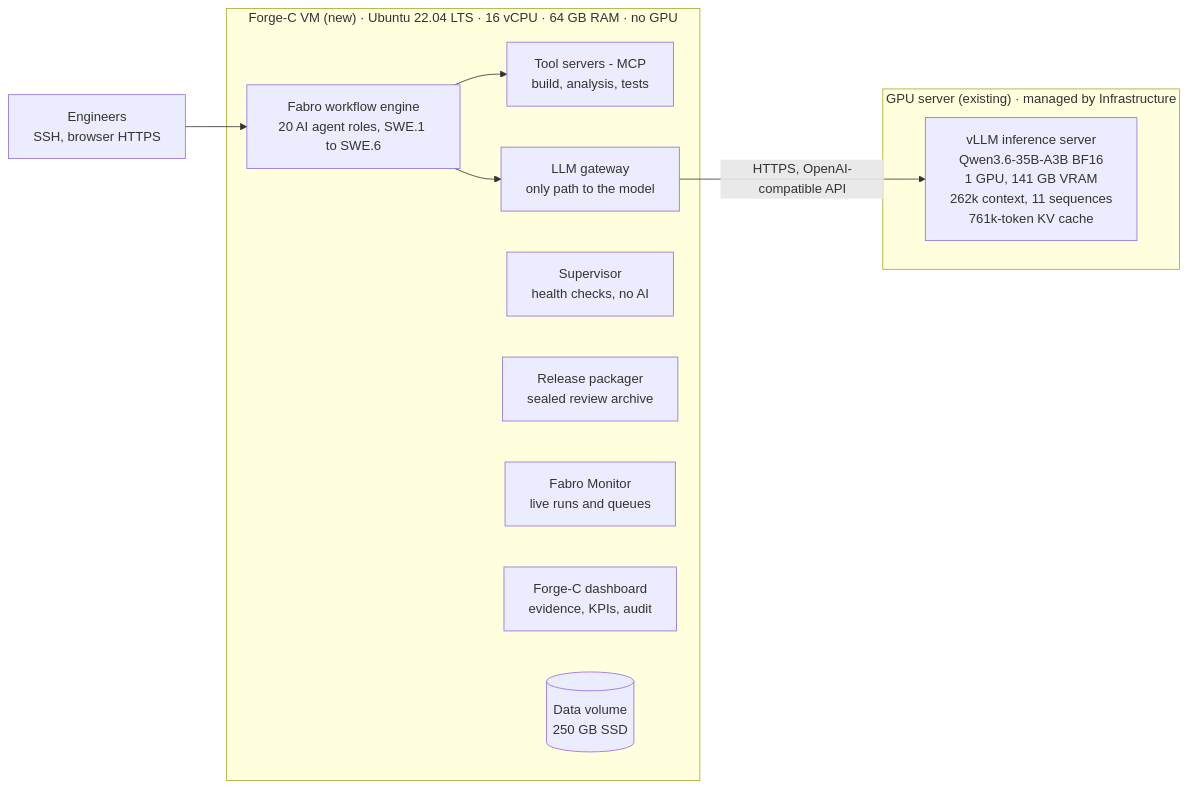
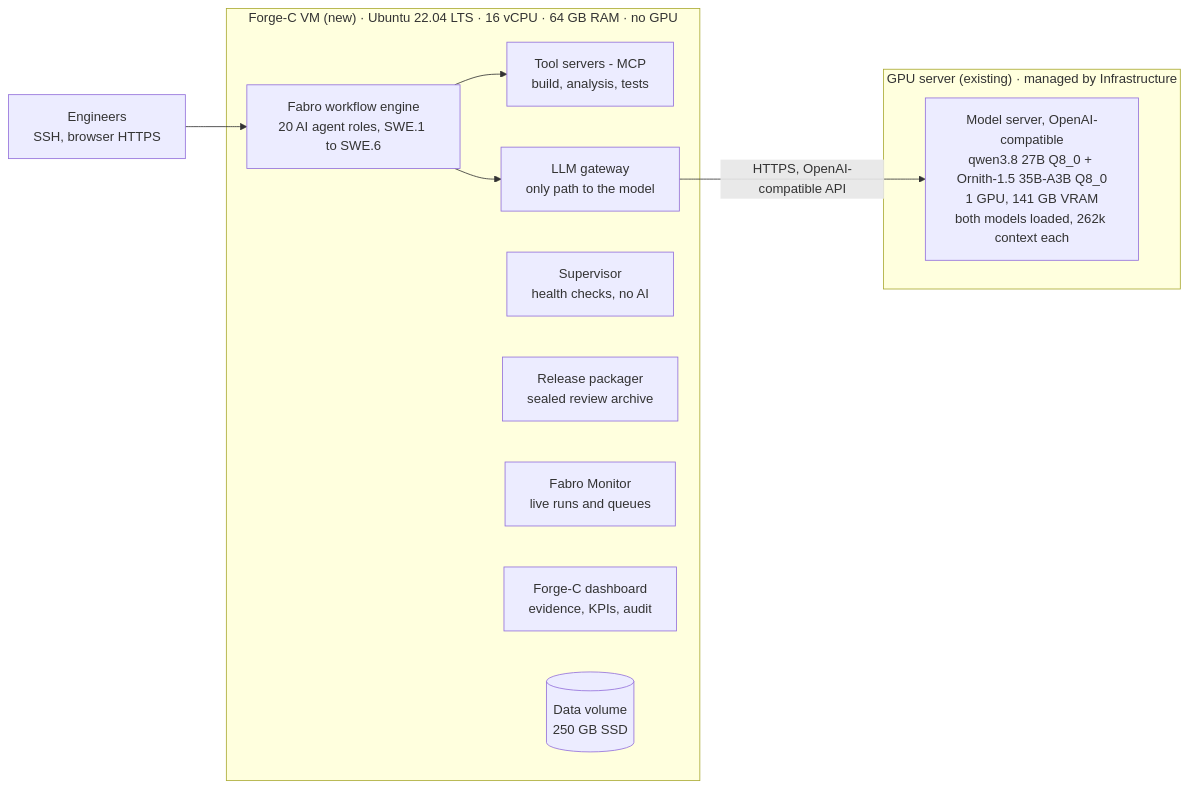
The diagram in docs/ONPREM-DEPLOYMENT.md (jnsagai/forge-c), drawn with Mermaid before and after one commit. The commit also changed other lines of this file and 5 other files, not shown here.

First line of the commit message:
docs(017): production runs the same two models; Ornith authors, qwen3.8 supervises, monitors and inspects (owner 2026-11-08)

````diff
--- a/docs/ONPREM-DEPLOYMENT.md
+++ b/docs/ONPREM-DEPLOYMENT.md
@@ -30,18 +30,18 @@
 ```mermaid
 flowchart LR
     ENG[Engineers<br/>SSH, browser HTTPS] --> FABRO
     subgraph VM["Forge-C VM (new) · Ubuntu 22.04 LTS · 16 vCPU · 64 GB RAM · no GPU"]
         FABRO[Fabro workflow engine<br/>20 AI agent roles, SWE.1 to SWE.6]
         FABRO --> MCP[Tool servers - MCP<br/>build, analysis, tests]
         FABRO --> GW[LLM gateway<br/>only path to the model]
         SUP[Supervisor<br/>health checks, no AI]
         PKG[Release packager<br/>sealed review archive]
         MON[Fabro Monitor<br/>live runs and queues]
         DASH[Forge-C dashboard<br/>evidence, KPIs, audit]
         DATA[(Data volume<br/>250 GB SSD)]
     end
     subgraph GPU["GPU server (existing) · managed by Infrastructure"]
-        VLLM[vLLM inference server<br/>Qwen3.6-35B-A3B BF16<br/>1 GPU, 141 GB VRAM<br/>262k context, 11 sequences<br/>761k-token KV cache]
+        VLLM[Model server, OpenAI-compatible<br/>qwen3.8 27B Q8_0 + Ornith-1.5 35B-A3B Q8_0<br/>1 GPU, 141 GB VRAM<br/>both models loaded, 262k context each]
     end
     GW -- HTTPS, OpenAI-compatible API --> VLLM
 ```
````
